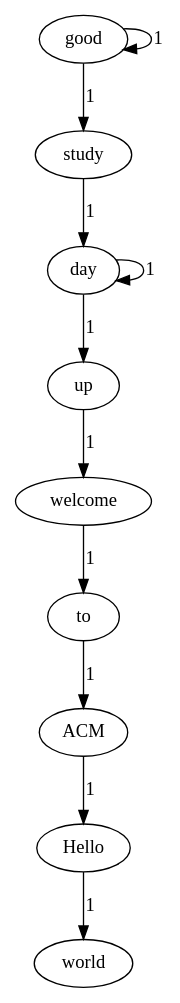
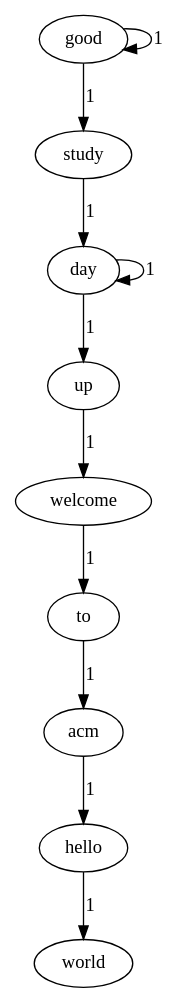
The diagram in tmp/graph.gv (ITloveyang/Lab4), drawn with Graphviz before and after one commit. The commit also changed 3 other files, not shown here.

```diff
--- a/tmp/graph.gv
+++ b/tmp/graph.gv
@@ -1,22 +1,22 @@
 digraph G{
 study[color=black];
 world[color=black];
-Hello[color=black];
-ACM[color=black];
+acm[color=black];
+hello[color=black];
 up[color=black];
 to[color=black];
 day[color=black];
 good[color=black];
 welcome[color=black];
 
 study->day[label=1, color=black];
-Hello->world[label=1, color=black];
-ACM->Hello[label=1, color=black];
+acm->hello[label=1, color=black];
+hello->world[label=1, color=black];
 up->welcome[label=1, color=black];
-to->ACM[label=1, color=black];
+to->acm[label=1, color=black];
 day->day[label=1, color=black];
 day->up[label=1, color=black];
 good->good[label=1, color=black];
 good->study[label=1, color=black];
 welcome->to[label=1, color=black];
 }
```
